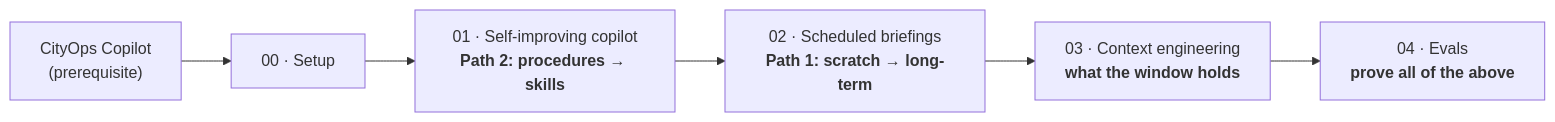
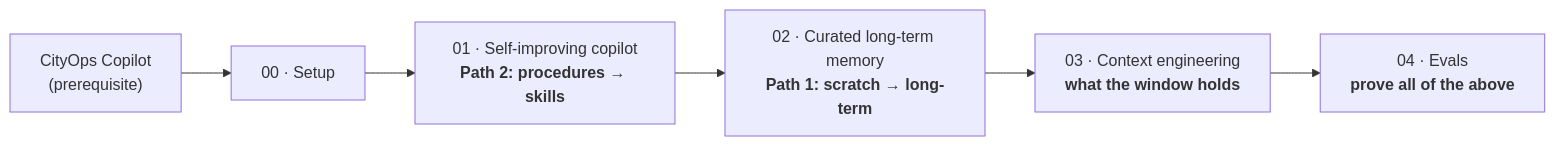
Before and after one commit to anantsrivast/cityops-agent-harness: the first of 16 diagrams in docs/WALKTHROUGH.md, drawn with Mermaid. The commit also changed other lines of this file and 14 other files, not shown here.

First line of the commit message:
refactor: notebook 02 becomes curated long-term memory, with no scheduling

````diff
--- a/docs/WALKTHROUGH.md
+++ b/docs/WALKTHROUGH.md
@@ -27,8 +27,8 @@
 ```mermaid
 flowchart LR
   CP["CityOps Copilot<br/>(prerequisite)"] --> N0["00 · Setup"]
   N0 --> N1["01 · Self-improving copilot<br/><b>Path 2: procedures → skills</b>"]
-  N1 --> N2["02 · Scheduled briefings<br/><b>Path 1: scratch → long-term</b>"]
+  N1 --> N2["02 · Curated long-term memory<br/><b>Path 1: scratch → long-term</b>"]
   N2 --> N3["03 · Context engineering<br/><b>what the window holds</b>"]
   N3 --> N4["04 · Evals<br/><b>prove all of the above</b>"]
 ```
````
